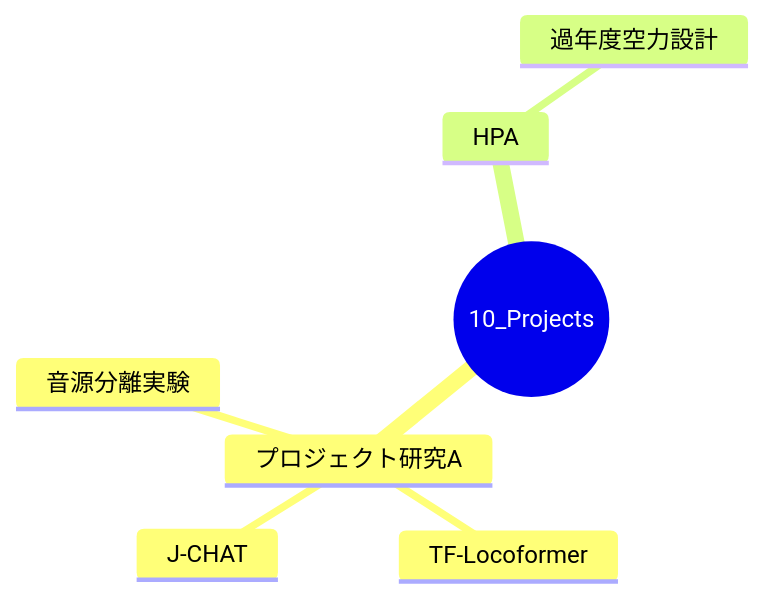
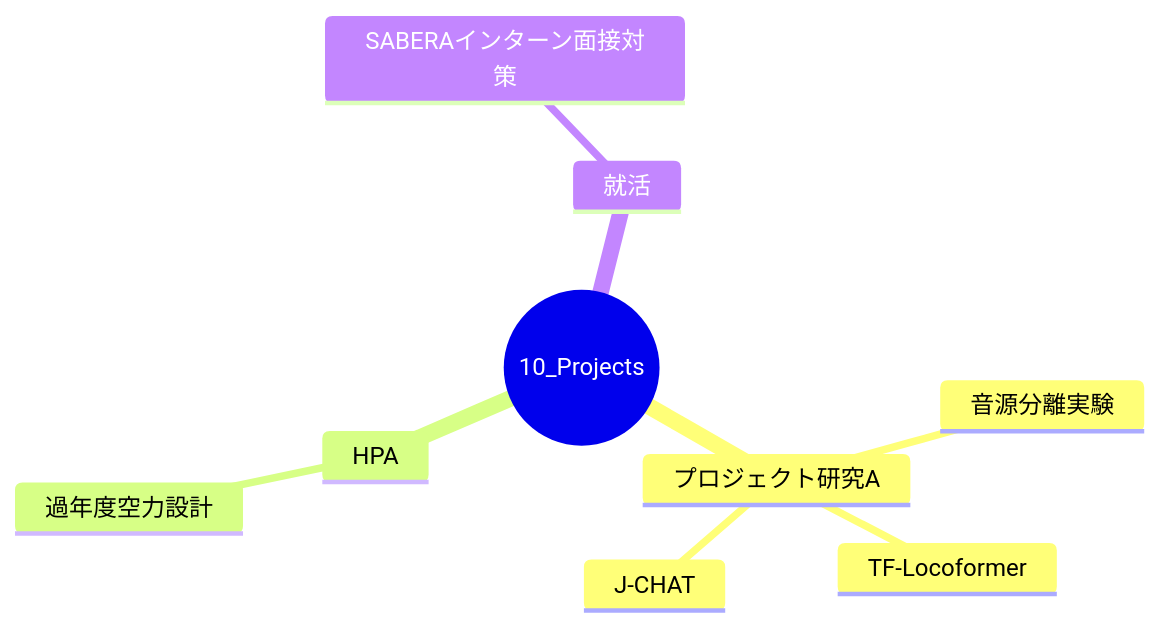
The diagram in 10_Projects/【MOC】10_Projects.md (97kuek/obsidian-vault), drawn with Mermaid before and after one commit. The commit also changed other lines of this file and 12 other files, not shown here.

````diff
--- a/10_Projects/【MOC】10_Projects.md
+++ b/10_Projects/【MOC】10_Projects.md
@@ -16,10 +16,12 @@
 ```mermaid
 mindmap
   root(("10_Projects"))
     プロジェクト研究A
       音源分離実験
       TF-Locoformer
       J-CHAT
     HPA
       過年度空力設計
+    就活
+      SABERAインターン面接対策
 ```
````
